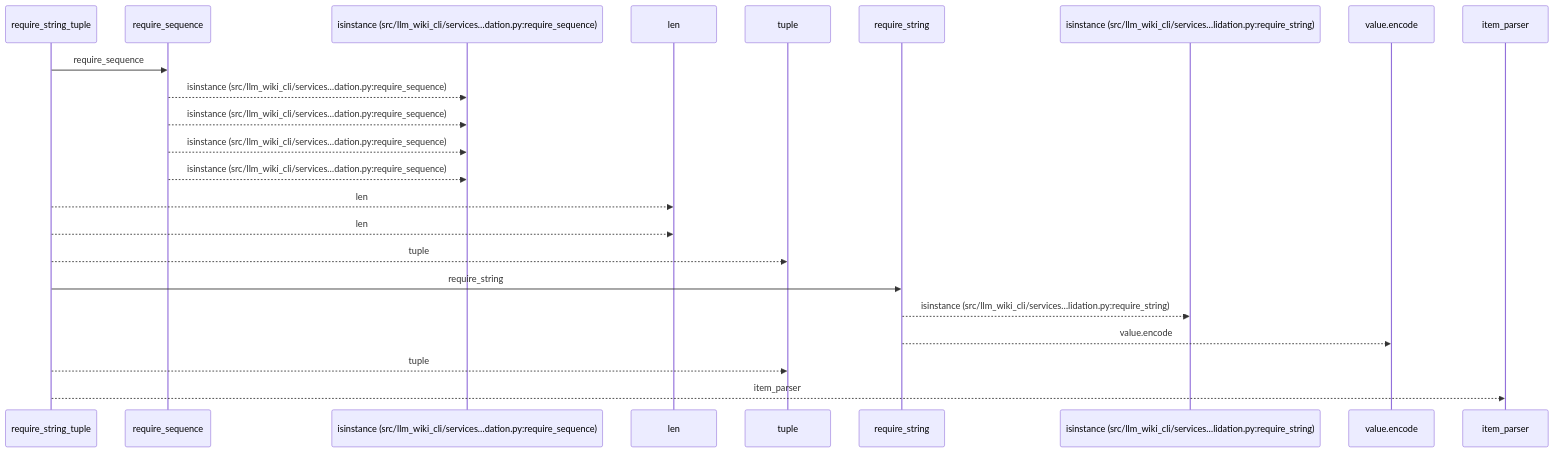
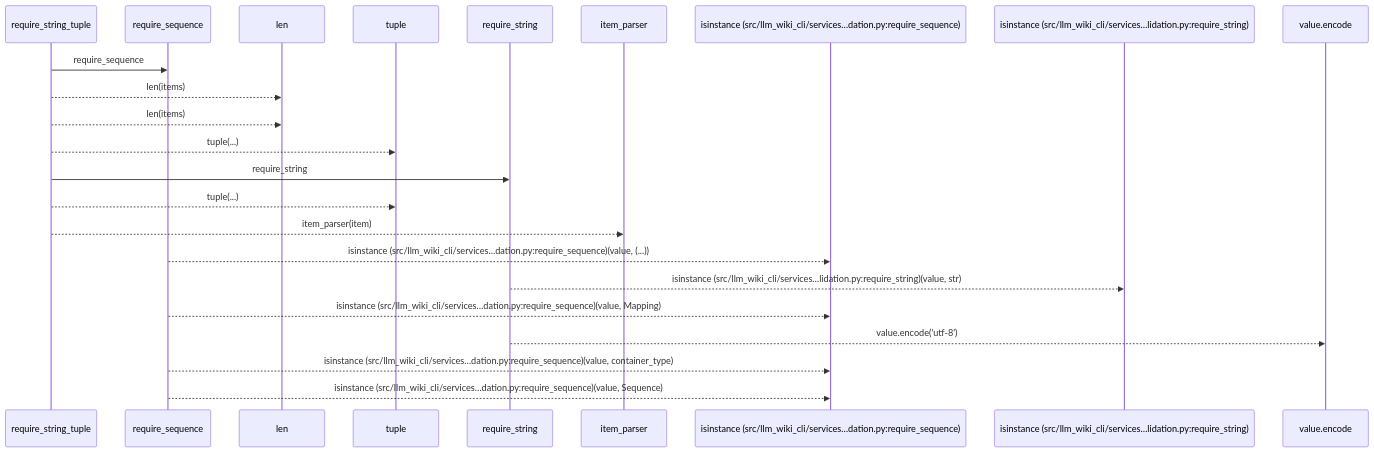
Before and after one commit to Denissvgn/python-wiki-llm: the first of 2 diagrams in docs/llm_wiki/flows/api-require_string_tuple.md, drawn with Mermaid. The commit also changed other lines of this file and 1410 other files, not shown here.

````diff
--- a/docs/llm_wiki/flows/api-require_string_tuple.md
+++ b/docs/llm_wiki/flows/api-require_string_tuple.md
@@ -10,25 +12,25 @@
 ```mermaid
 sequenceDiagram
     participant p0 as require_string_tuple
     participant p1 as require_sequence
-    participant p2 as isinstance (src/llm_wiki_cli/services…dation.py:require_sequence)
-    participant p3 as len
-    participant p4 as tuple
-    participant p5 as require_string
-    participant p6 as isinstance (src/llm_wiki_cli/services…lidation.py:require_string)
-    participant p7 as value.encode
-    participant p8 as item_parser
+    participant p2 as len
+    participant p3 as tuple
+    participant p4 as require_string
+    participant p5 as item_parser
+    participant p6 as isinstance (src/llm_wiki_cli/services…dation.py:require_sequence)
+    participant p7 as isinstance (src/llm_wiki_cli/services…lidation.py:require_string)
+    participant p8 as value.encode
     p0->>p1: require_sequence
-    p1-->>p2: isinstance (src/llm_wiki_cli/services…dation.py:require_sequence)
-    p1-->>p2: isinstance (src/llm_wiki_cli/services…dation.py:require_sequence)
-    p1-->>p2: isinstance (src/llm_wiki_cli/services…dation.py:require_sequence)
-    p1-->>p2: isinstance (src/llm_wiki_cli/services…dation.py:require_sequence)
-    p0-->>p3: len
-    p0-->>p3: len
-    p0-->>p4: tuple
-    p0->>p5: require_string
-    p5-->>p6: isinstance (src/llm_wiki_cli/services…lidation.py:require_string)
-    p5-->>p7: value.encode
-    p0-->>p4: tuple
-    p0-->>p8: item_parser
+    p0-->>p2: len(items)
+    p0-->>p2: len(items)
+    p0-->>p3: tuple(...)
+    p0->>p4: require_string
+    p0-->>p3: tuple(...)
+    p0-->>p5: item_parser(item)
+    p1-->>p6: isinstance (src/llm_wiki_cli/services…dation.py:require_sequence)(value, (...))
+    p4-->>p7: isinstance (src/llm_wiki_cli/services…lidation.py:require_string)(value, str)
+    p1-->>p6: isinstance (src/llm_wiki_cli/services…dation.py:require_sequence)(value, Mapping)
+    p4-->>p8: value.encode('utf-8')
+    p1-->>p6: isinstance (src/llm_wiki_cli/services…dation.py:require_sequence)(value, container_type)
+    p1-->>p6: isinstance (src/llm_wiki_cli/services…dation.py:require_sequence)(value, Sequence)
 ```
````
